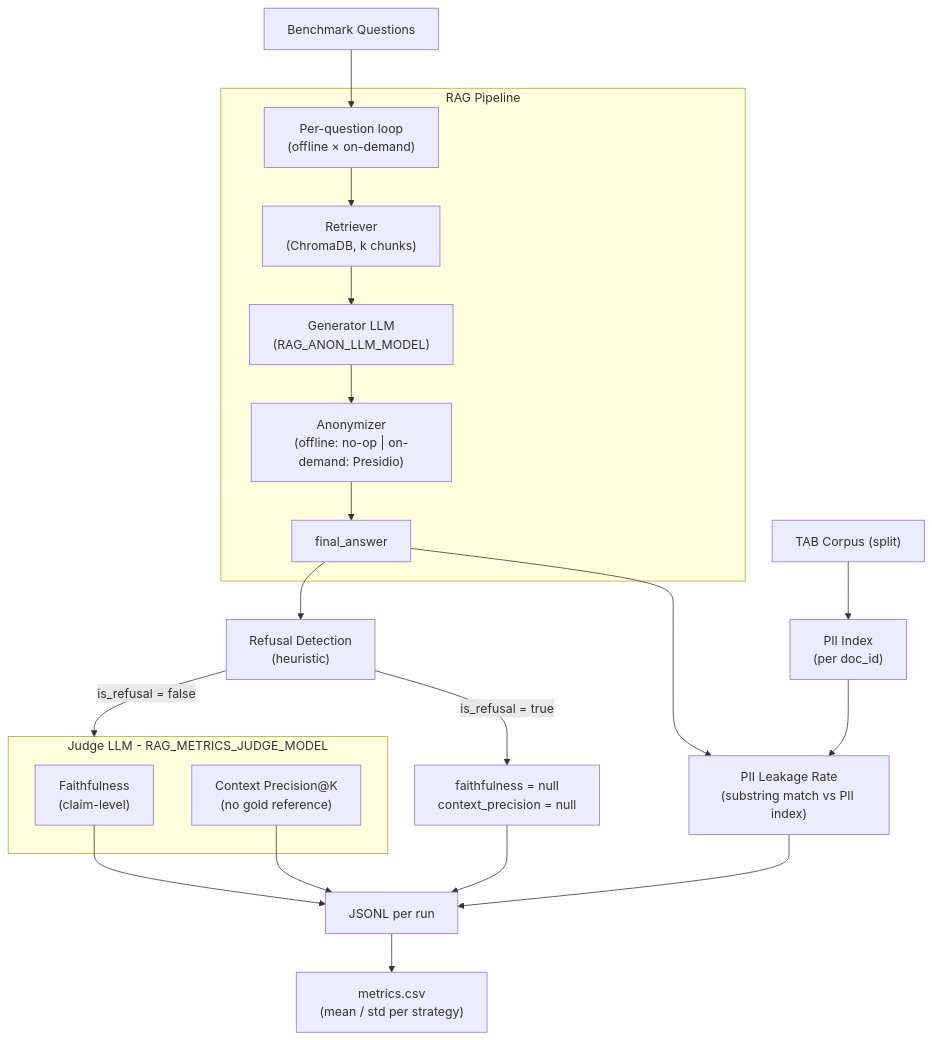
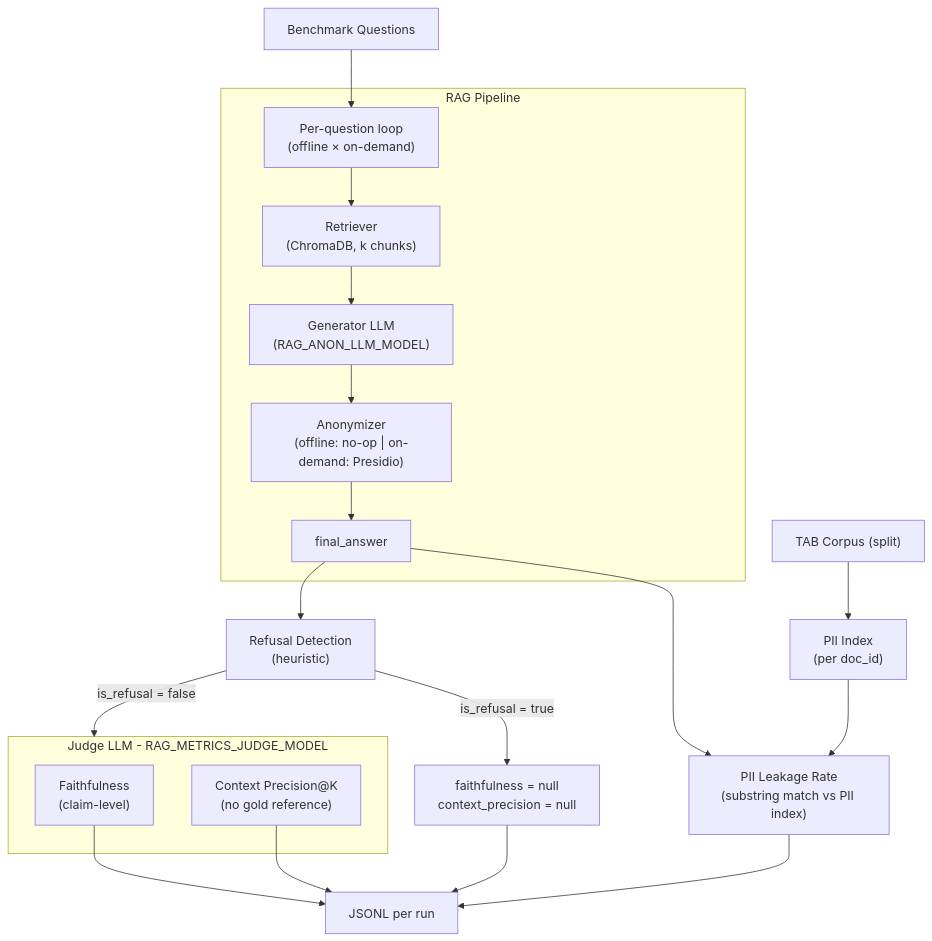
One commit to matheusfbosa/rag-anonymous-metrics changed the diagram in README.md. Above: the diagram before and after it, drawn with Mermaid. The commit also changed other lines of this file and 18 other files, not shown here.

````diff
--- a/README.md
+++ b/README.md
@@ -19,30 +19,29 @@
 ```mermaid
 flowchart TD
     corpus["TAB Corpus (split)"] --> pii_index["PII Index\n(per doc_id)"]
     questions["Benchmark Questions"] --> loop["Per-question loop\n(offline × on-demand)"]
 
     subgraph rag_pipeline [RAG Pipeline]
         loop --> retriever["Retriever\n(ChromaDB, k chunks)"]
         retriever --> generator["Generator LLM\n(RAG_ANON_LLM_MODEL)"]
         generator --> anon["Anonymizer\n(offline: no-op | on-demand: Presidio)"]
         anon --> final_answer["final_answer"]
     end
 
     final_answer --> pii_leakage["PII Leakage Rate\n(substring match vs PII index)"]
     final_answer --> refusal["Refusal Detection\n(heuristic)"]
     pii_index --> pii_leakage
 
     refusal -->|"is_refusal = false"| judge_block
     refusal -->|"is_refusal = true"| null_scores["faithfulness = null\ncontext_precision = null"]
 
     subgraph judge_block [Judge LLM - RAG_METRICS_JUDGE_MODEL]
         faithfulness["Faithfulness\n(claim-level)"]
         ctx_precision["Context Precision@K\n(no gold reference)"]
     end
 
     pii_leakage --> jsonl["JSONL per run"]
     null_scores --> jsonl
     faithfulness --> jsonl
     ctx_precision --> jsonl
-    jsonl --> csv["metrics.csv\n(mean / std per strategy)"]
 ```
````
